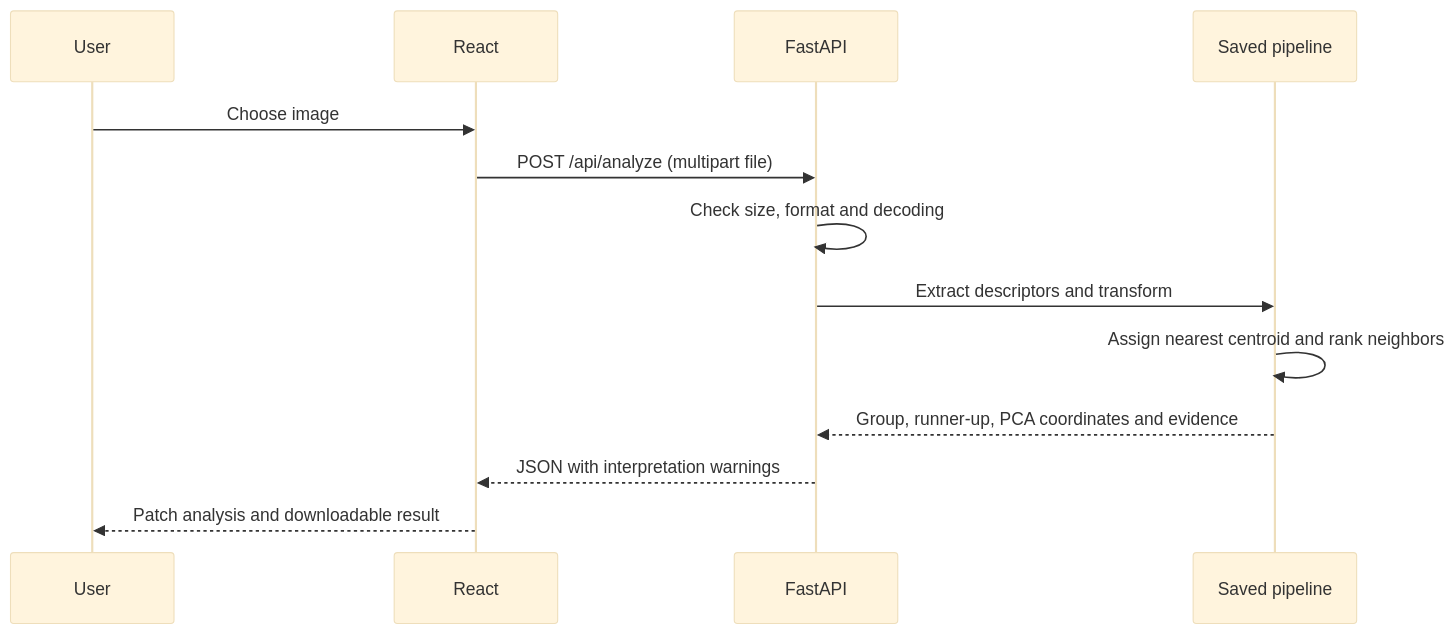
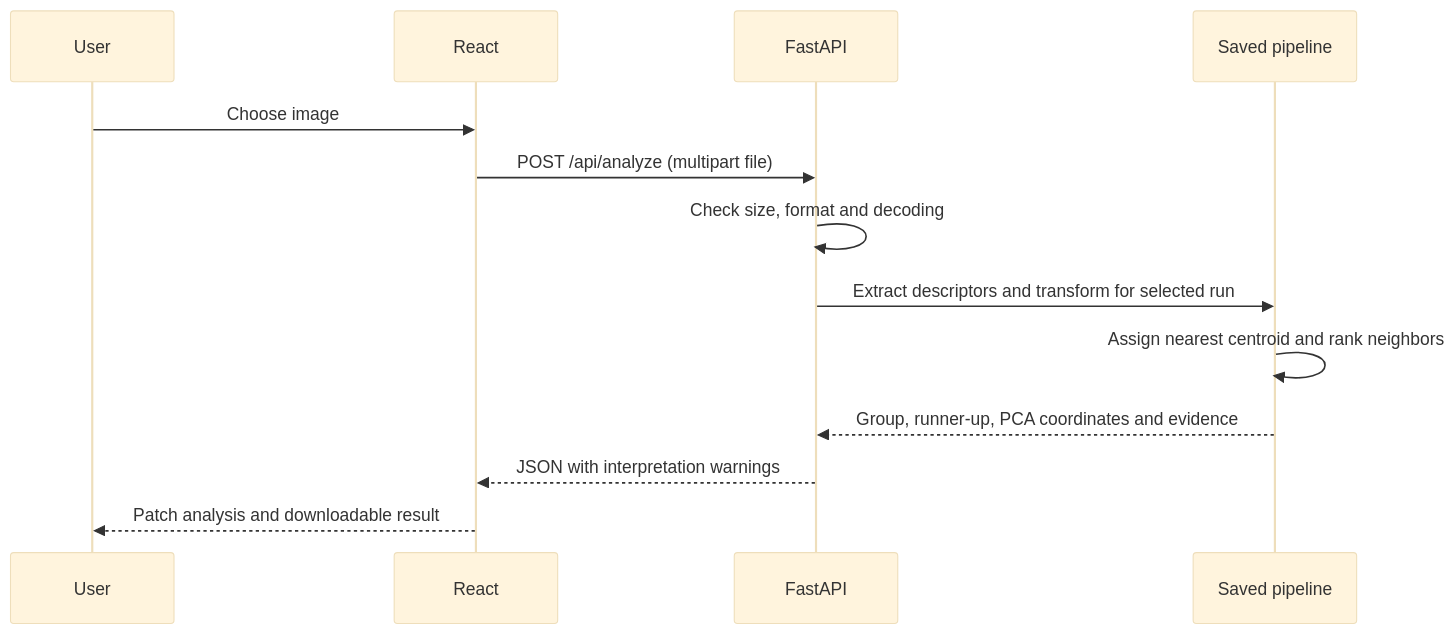
Before and after one commit to reshukumar8228/terralens: the second of 2 diagrams in docs/ARCHITECTURE.md, drawn with Mermaid (base theme). The commit also changed other lines of this file and 12 other files, not shown here.

````diff
--- a/docs/ARCHITECTURE.md
+++ b/docs/ARCHITECTURE.md
@@ -70,15 +70,15 @@
 ```mermaid
 sequenceDiagram
   participant U as User
   participant R as React
   participant A as FastAPI
   participant P as Saved pipeline
   U->>R: Choose image
   R->>A: POST /api/analyze (multipart file)
   A->>A: Check size, format and decoding
-  A->>P: Extract descriptors and transform
+  A->>P: Extract descriptors and transform for selected run
   P->>P: Assign nearest centroid and rank neighbors
   P-->>A: Group, runner-up, PCA coordinates and evidence
   A-->>R: JSON with interpretation warnings
   R-->>U: Patch analysis and downloadable result
 ```
````
